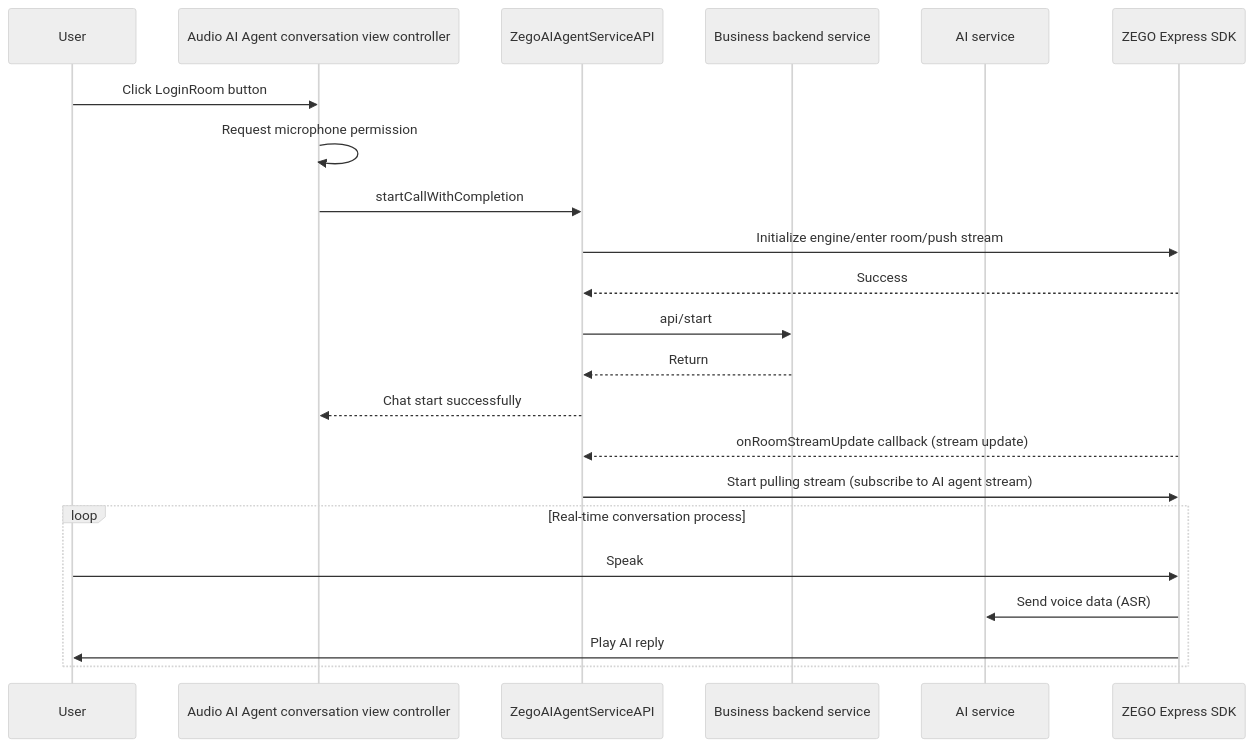
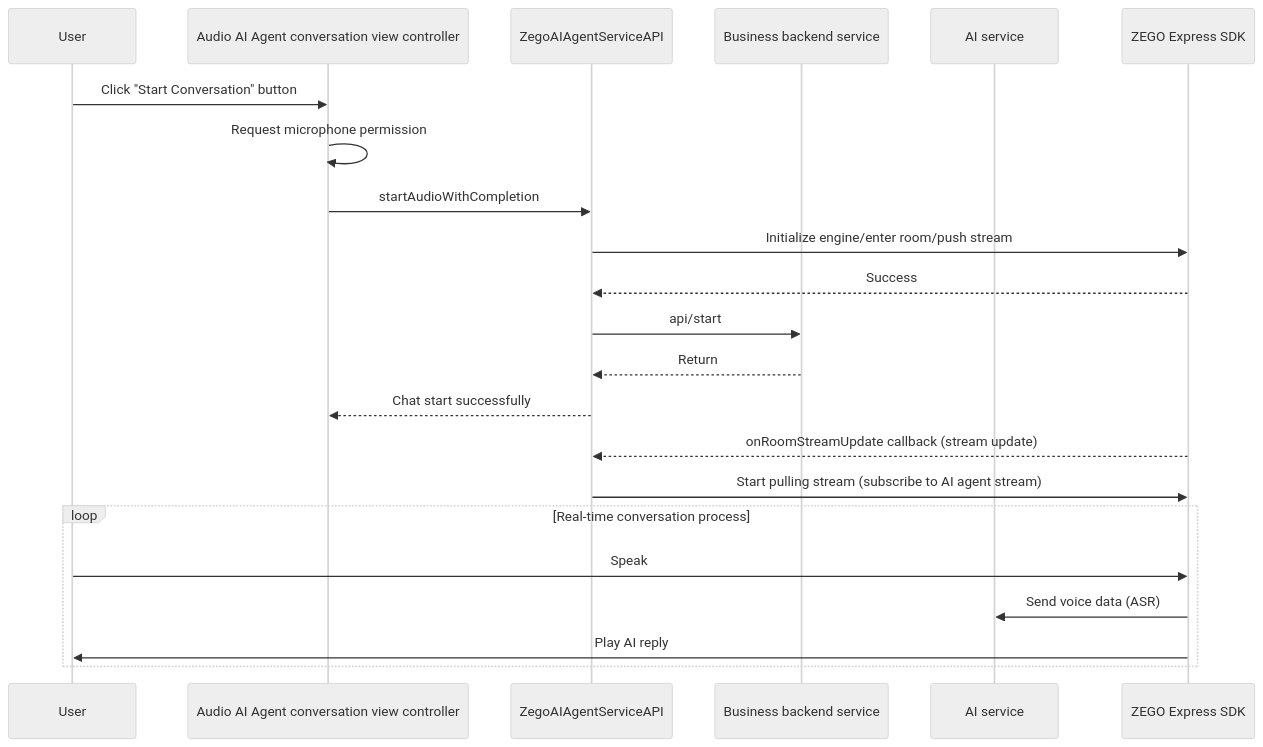
Before and after one commit to ZEGOCLOUD/ai_agent_quick_start: the first of 3 diagrams in ios/README_EN.md, drawn with Mermaid (neutral theme). The commit also changed other lines of this file and 2 other files, not shown here.

````diff
--- a/ios/README_EN.md
+++ b/ios/README_EN.md
@@ -79,26 +94,26 @@
 ```mermaid
 sequenceDiagram
     participant User as User
     participant AudioVC as Audio AI Agent conversation view controller
     participant ServiceAPI as ZegoAIAgentServiceAPI
     participant BusinessServer as Business backend service
     participant PassServer as AI service
     participant Express as ZEGO Express SDK
 
-    User->>AudioVC: Click LoginRoom button
+    User->>AudioVC: Click "Start Conversation" button
     AudioVC->>AudioVC: Request microphone permission
-    AudioVC->>ServiceAPI: startCallWithCompletion
+    AudioVC->>ServiceAPI: startAudioWithCompletion
     ServiceAPI->>Express: Initialize engine/enter room/push stream
     Express-->>ServiceAPI: Success
     ServiceAPI->>BusinessServer: api/start
     BusinessServer-->>ServiceAPI: Return
     ServiceAPI-->>AudioVC: Chat start successfully
     Express-->>ServiceAPI: onRoomStreamUpdate callback (stream update)
     ServiceAPI->>Express: Start pulling stream (subscribe to AI agent stream)
 
     loop Real-time conversation process
         User->>Express: Speak
         Express->>PassServer: Send voice data (ASR)
         Express->>User: Play AI reply
     end
 ```
````
